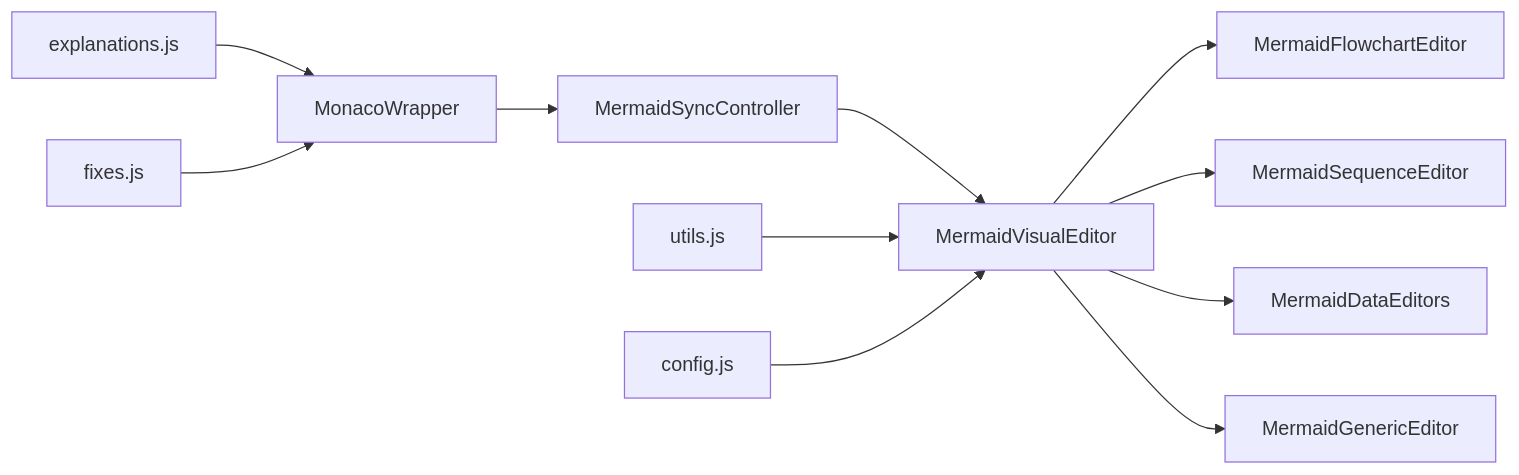
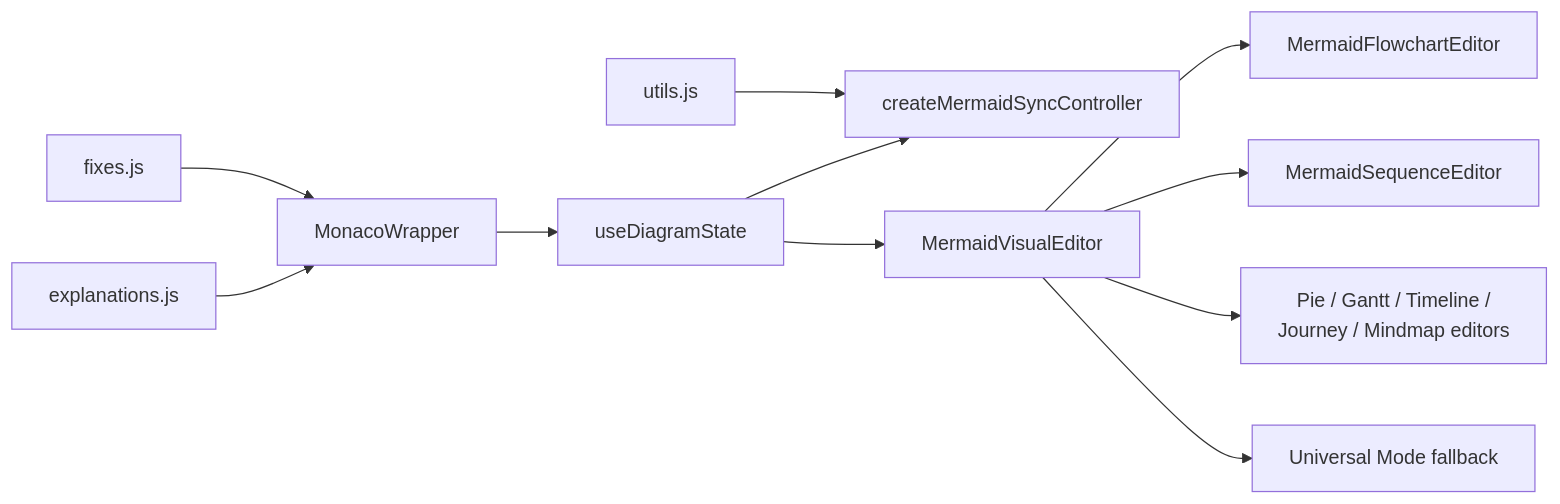
One commit to ongchonghian/universal-diagram-editor changed the fourth of 4 diagrams in .qoder/repowiki/en/content/Editor Architecture/Visual Editors/Mermaid Visual Editor.md. Above: the diagram before and after it, drawn with Mermaid. The commit also changed other lines of this file and 31 other files, not shown here.

````diff
--- a/.qoder/repowiki/en/content/Editor Architecture/Visual Editors/Mermaid Visual Editor.md
+++ b/.qoder/repowiki/en/content/Editor Architecture/Visual Editors/Mermaid Visual Editor.md
@@ -272,13 +215,13 @@
 ```mermaid
 graph LR
-Monaco["MonacoWrapper"] --> Sync["MermaidSyncController"]
-Sync --> Router["MermaidVisualEditor"]
+Monaco["MonacoWrapper"] --> State["useDiagramState"]
+State --> Sync["createMermaidSyncController"]
+State --> Router["MermaidVisualEditor"]
 Router --> Flow["MermaidFlowchartEditor"]
 Router --> Seq["MermaidSequenceEditor"]
-Router --> Data["MermaidDataEditors"]
-Router --> Gen["MermaidGenericEditor"]
-Utils["utils.js"] --> Router
-Config["config.js"] --> Router
+Router --> Data["Pie / Gantt / Timeline /<br/>Journey / Mindmap editors"]
+Router --> Gen["Universal Mode fallback"]
+Utils["utils.js"] --> Sync
 Explan["explanations.js"] --> Monaco
 Fixes["fixes.js"] --> Monaco
 ```
````
